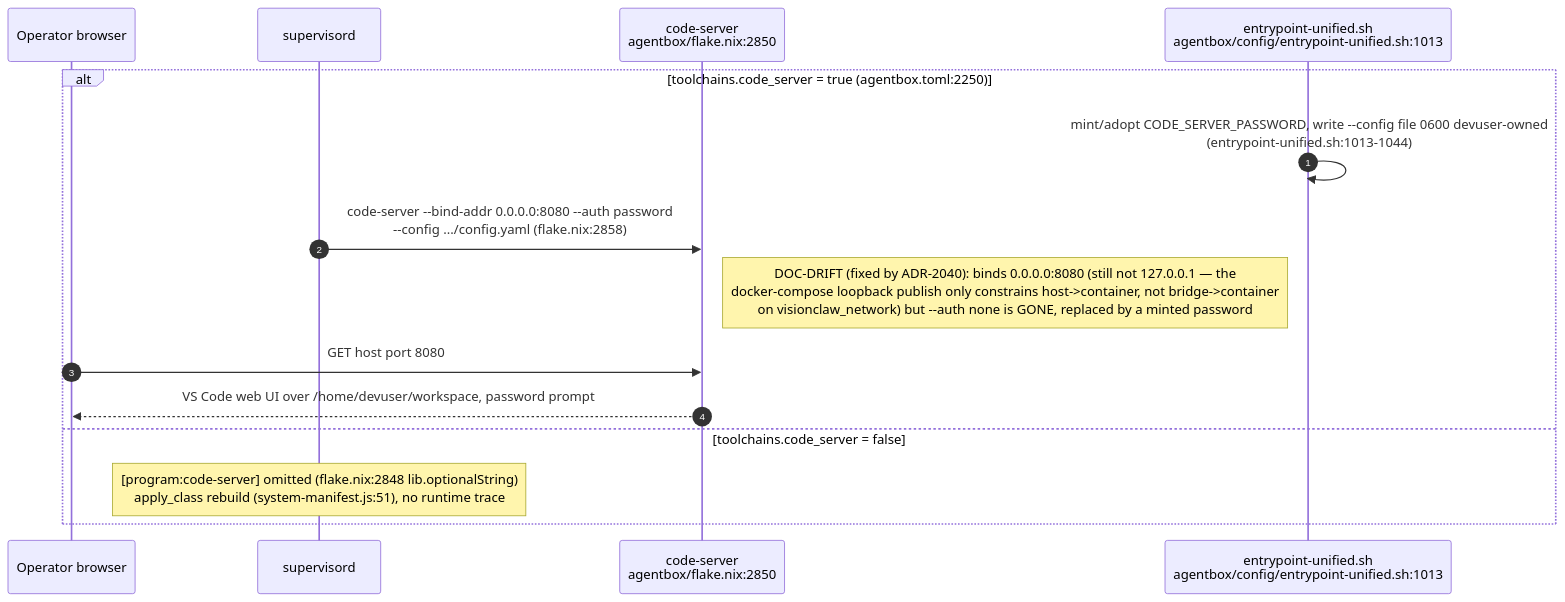
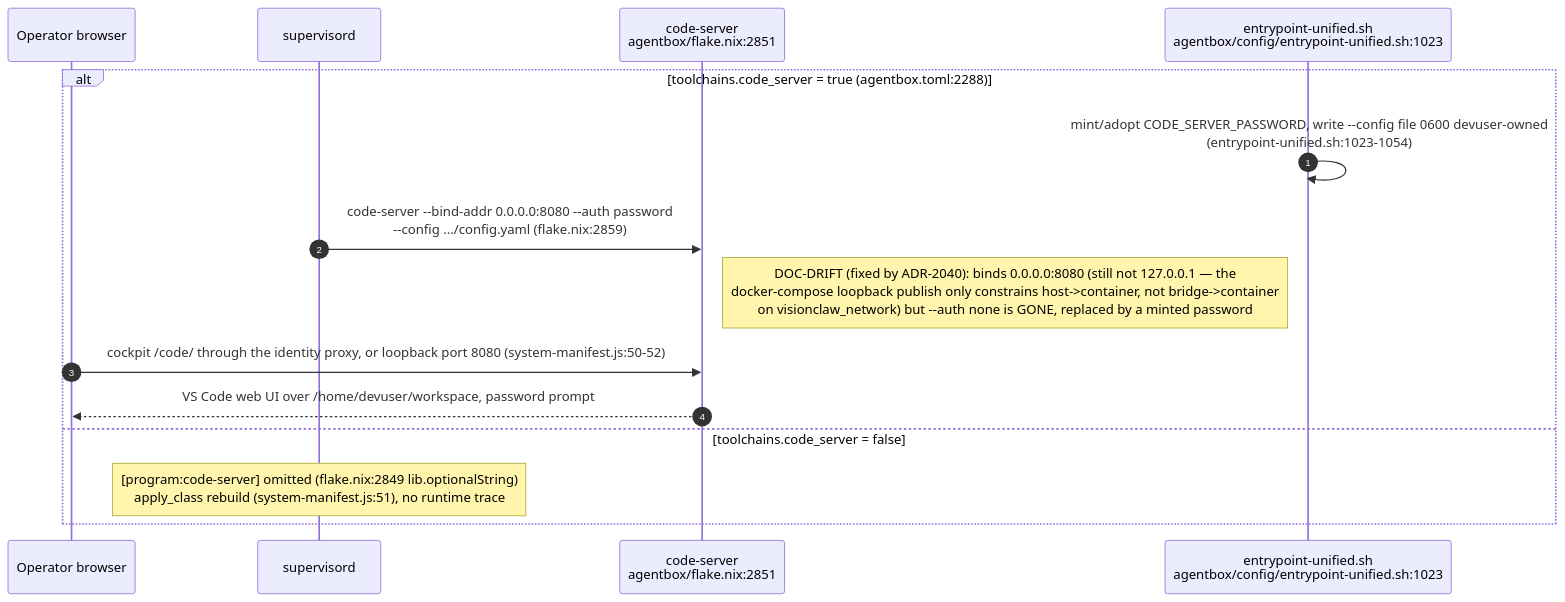
One commit to DreamLab-AI/VisionFlow changed the sixth of 14 diagrams in docs/diagrams/agentbox/27-media-gpu-capability-services.md. Above: the diagram before and after it, drawn with Mermaid. The commit also changed other lines of this file and 173 other files, not shown here.

````diff
--- a/docs/diagrams/agentbox/27-media-gpu-capability-services.md
+++ b/docs/diagrams/agentbox/27-media-gpu-capability-services.md
@@ -213,18 +213,18 @@
 ```mermaid
 sequenceDiagram
     autonumber
     participant Op as Operator browser
     participant Sup as supervisord
-    participant CS as code-server<br/>agentbox/flake.nix:2850
-    participant Entry as entrypoint-unified.sh<br/>agentbox/config/entrypoint-unified.sh:1013
+    participant CS as code-server<br/>agentbox/flake.nix:2851
+    participant Entry as entrypoint-unified.sh<br/>agentbox/config/entrypoint-unified.sh:1023
 
-    alt toolchains.code_server = true (agentbox.toml:2250)
-        Entry->>Entry: mint/adopt CODE_SERVER_PASSWORD, write --config file 0600 devuser-owned<br/>(entrypoint-unified.sh:1013-1044)
-        Sup->>CS: code-server --bind-addr 0.0.0.0:8080 --auth password<br/>--config .../config.yaml (flake.nix:2858)
+    alt toolchains.code_server = true (agentbox.toml:2288)
+        Entry->>Entry: mint/adopt CODE_SERVER_PASSWORD, write --config file 0600 devuser-owned<br/>(entrypoint-unified.sh:1023-1054)
+        Sup->>CS: code-server --bind-addr 0.0.0.0:8080 --auth password<br/>--config .../config.yaml (flake.nix:2859)
         Note right of CS: DOC-DRIFT (fixed by ADR-2040): binds 0.0.0.0:8080 (still not 127.0.0.1 — the<br/>docker-compose loopback publish only constrains host->container, not bridge->container<br/>on visionclaw_network) but --auth none is GONE, replaced by a minted password
-        Op->>CS: GET host port 8080
+        Op->>CS: cockpit /code/ through the identity proxy, or loopback port 8080 (system-manifest.js:50-52)
         CS-->>Op: VS Code web UI over /home/devuser/workspace, password prompt
     else toolchains.code_server = false
-        Note over Sup: [program:code-server] omitted (flake.nix:2848 lib.optionalString)<br/>apply_class rebuild (system-manifest.js:51), no runtime trace
+        Note over Sup: [program:code-server] omitted (flake.nix:2849 lib.optionalString)<br/>apply_class rebuild (system-manifest.js:51), no runtime trace
     end
 ```
````
